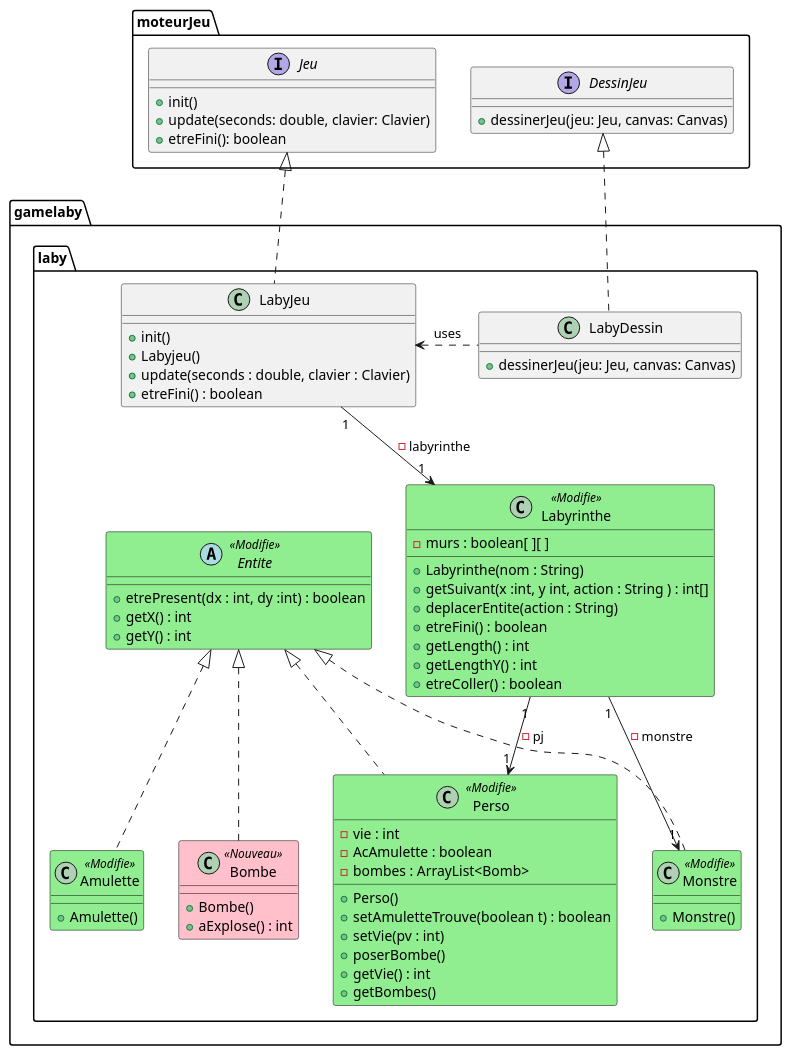
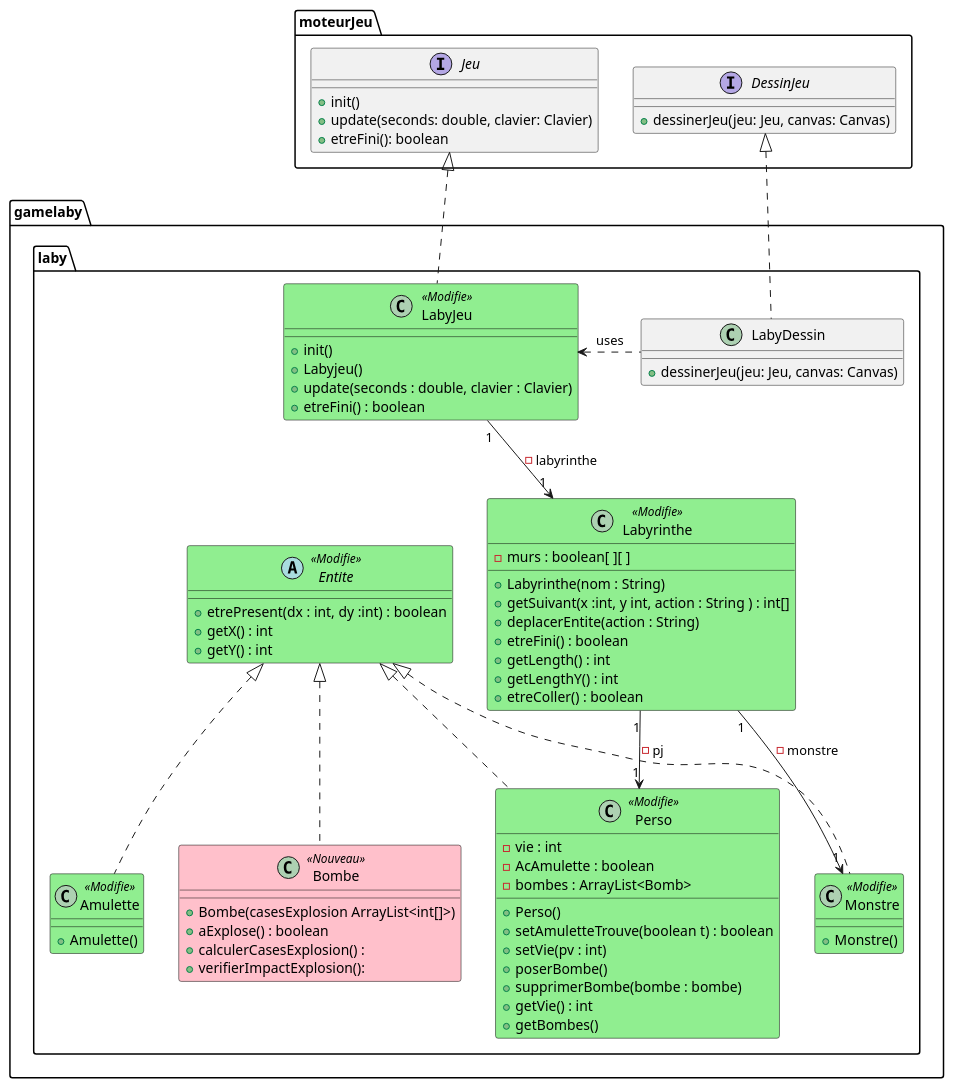
Before and after one commit to Jean-BaptisteEvan/2022_Zeldiablo_jeandidi3u_hary16u_jeanbap14u_dirand13u: the diagram in zeldiablo/documents/version_4/DiagrammeClasseTroisiemeIteration.puml, drawn with PlantUML. The commit also changed 6 other files, not shown here.

```diff
--- a/zeldiablo/documents/version_4/DiagrammeClasseTroisiemeIteration.puml
+++ b/zeldiablo/documents/version_4/DiagrammeClasseTroisiemeIteration.puml
@@ -1,104 +1,103 @@
 @startuml
 skinparam class{
     backgroundColor<<Nouveau>> Pink
     borderColor<<Nouveau>>  Black
     backgroundColor<<Modifie>> LightGreen
     borderColor<<Modifie>>  Black
 }
 package moteurJeu{
 interface Jeu{
 + init()
 + update(seconds: double, clavier: Clavier)
 + etreFini(): boolean
 }
 
 
 interface DessinJeu {
 + dessinerJeu(jeu: Jeu, canvas: Canvas)
 }
 }
 package gamelaby.laby{
     class LabyDessin{
         + dessinerJeu(jeu: Jeu, canvas: Canvas)
     }
 
 DessinJeu <|.. LabyDessin
-    class LabyJeu{
+    class LabyJeu <<Modifie>>{
         +init()
         +Labyjeu()
         +update(seconds : double, clavier : Clavier)
         +etreFini() : boolean
         }
 
 Jeu <|.. LabyJeu
 
     class Labyrinthe <<Modifie>>{
         -murs : boolean[ ][ ]
         +Labyrinthe(nom : String)
         +getSuivant(x :int, y int, action : String ) : int[]
         +deplacerEntite(action : String)
         +etreFini() : boolean
         +getLength() : int
         +getLengthY() : int
         +etreColler() : boolean
 
 
     }
 LabyJeu "1" --> "1" Labyrinthe : -labyrinthe
     abstract class Entite <<Modifie>> {
         +etrePresent(dx : int, dy :int) : boolean
         + getX() : int
         + getY() : int
+    }
 
 
-
-    }
     class Perso <<Modifie>>{
     -vie : int
     -AcAmulette : boolean
     -bombes : ArrayList<Bomb>
     +Perso()
     +setAmuletteTrouve(boolean t) : boolean
     +setVie(pv : int)
     +poserBombe()
+    +supprimerBombe(bombe : bombe)
     +getVie() : int
     +getBombes()
 
 
 
 
 
     }
     class Monstre <<Modifie>>{
 
 
     +Monstre()
 
     }
     class Amulette<<Modifie>>{
 
 
         +Amulette()
 
     }
     class Bombe<<Nouveau>>{
-
-
-            +Bombe()
-            +aExplose() : int
-
+            +Bombe(casesExplosion ArrayList<int[]>)
+            +aExplose() : boolean
+            +calculerCasesExplosion() :
+            +verifierImpactExplosion():
         }
 
 
 Entite <|.. Amulette
  Entite <|.. Perso
  Entite <|.. Monstre
  Entite <|.. Bombe
  Labyrinthe "1" --> "1" Perso : -pj
  Labyrinthe "1" --> "1" Monstre : -monstre
  LabyJeu <. LabyDessin:uses
     }
 
 
 
 @enduml
```
